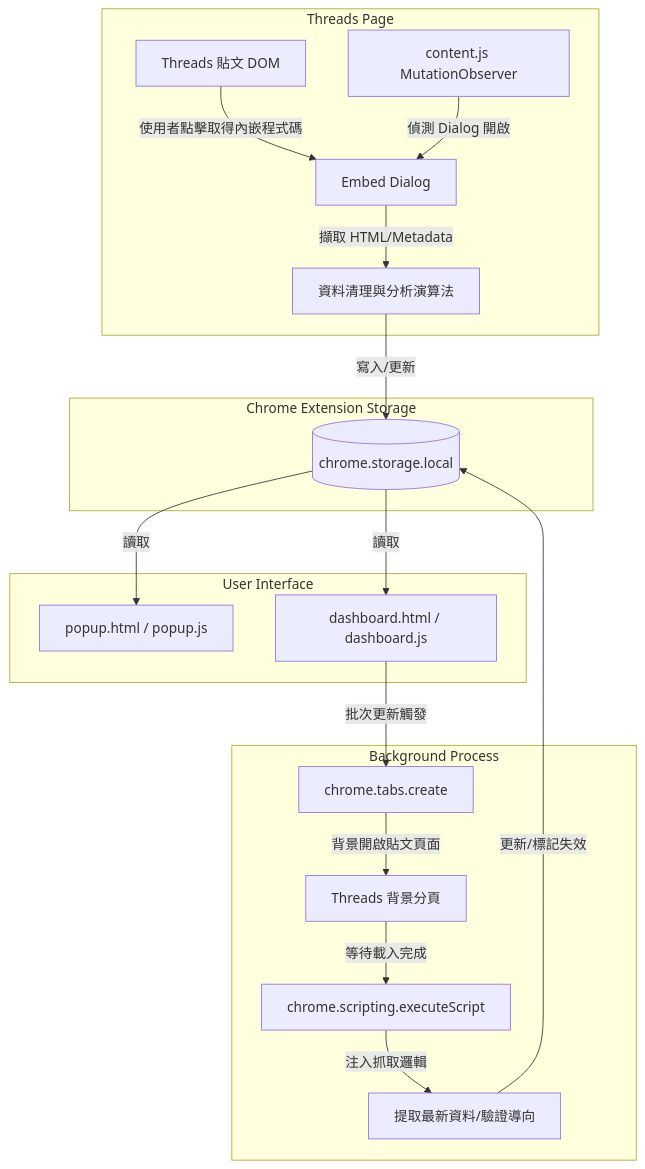
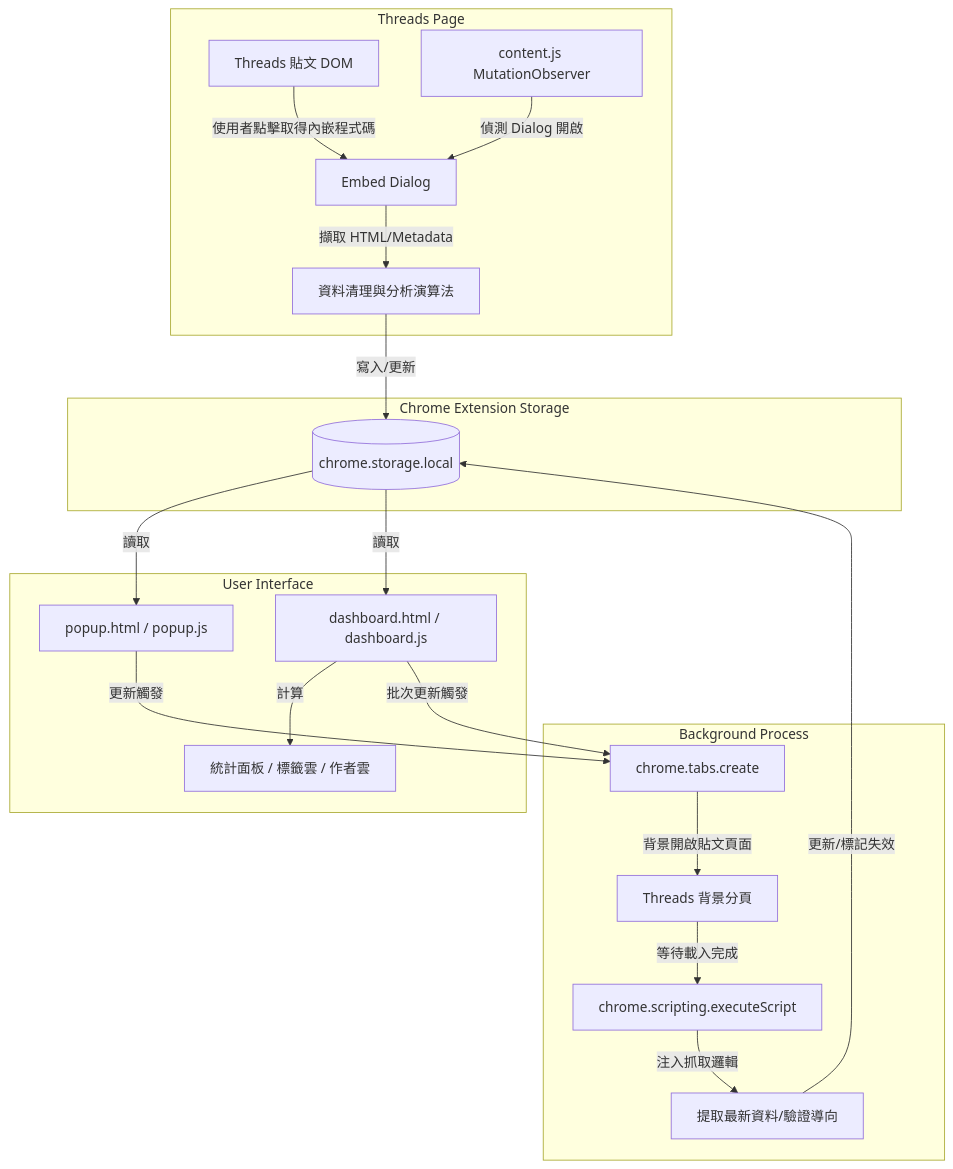
One commit to Scorpio-meow/Threads-embedded-code changed the diagram in README.md. Above: the diagram before and after it, drawn with Mermaid. The commit also changed other lines of this file, not shown here.

````diff
--- a/README.md
+++ b/README.md
@@ -80,25 +192,27 @@
 ```mermaid
 flowchart TD
     subgraph Threads Page
         A[Threads 貼文 DOM] -->|使用者點擊取得內嵌程式碼| B[Embed Dialog]
         C[content.js MutationObserver] -->|偵測 Dialog 開啟| B
         B -->|擷取 HTML/Metadata| D[資料清理與分析演算法]
     end
 
     subgraph Chrome Extension Storage
         D -->|寫入/更新| E[(chrome.storage.local)]
     end
 
     subgraph User Interface
         E -->|讀取| F[popup.html / popup.js]
         E -->|讀取| G[dashboard.html / dashboard.js]
+        G -->|計算| G1[統計面板 / 標籤雲 / 作者雲]
     end
 
     subgraph Background Process
-        G -->|批次更新觸發| H[chrome.tabs.create]
+        F -->|更新觸發| H[chrome.tabs.create]
+        G -->|批次更新觸發| H
         H -->|背景開啟貼文頁面| I[Threads 背景分頁]
         I -->|等待載入完成| J[chrome.scripting.executeScript]
         J -->|注入抓取邏輯| K[提取最新資料/驗證導向]
         K -->|更新/標記失效| E
     end
 ```
````
